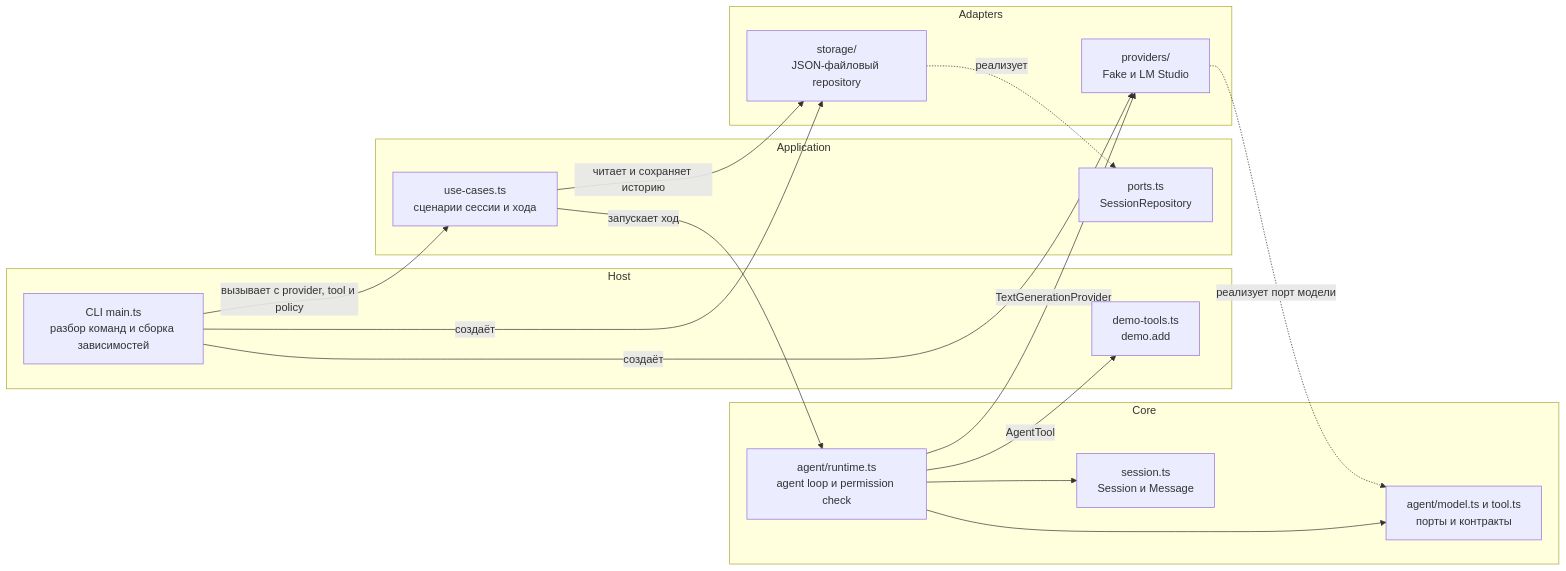
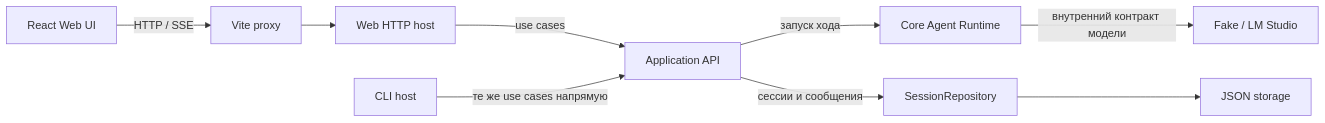
The third of 3 diagrams in docs/onboarding/README.md (davy1ex/smysAgent), drawn with Mermaid before and after one commit. The commit also changed other lines of this file, not shown here.

Commit message:
docs: update onboarding for current web UI

````diff
--- a/docs/onboarding/README.md
+++ b/docs/onboarding/README.md
@@ -25,35 +117,11 @@
 ```mermaid
 flowchart LR
-  subgraph Host["Host"]
-    CLI["CLI main.ts<br/>разбор команд и сборка зависимостей"]
-    DemoTool["demo-tools.ts<br/>demo.add"]
-  end
-
-  subgraph App["Application"]
-    UseCases["use-cases.ts<br/>сценарии сессии и хода"]
-    Ports["ports.ts<br/>SessionRepository"]
-  end
-
-  subgraph Core["Core"]
-    Session["session.ts<br/>Session и Message"]
-    Runtime["agent/runtime.ts<br/>agent loop и permission check"]
-    Contracts["agent/model.ts и tool.ts<br/>порты и контракты"]
-  end
-
-  subgraph Adapters["Adapters"]
-    Providers["providers/<br/>Fake и LM Studio"]
-    Storage["storage/<br/>JSON-файловый repository"]
-  end
-
-  CLI -->|вызывает с provider, tool и policy| UseCases
-  CLI -->|создаёт| Providers
-  CLI -->|создаёт| Storage
-  UseCases -->|запускает ход| Runtime
-  UseCases -->|читает и сохраняет историю| Storage
-  Storage -. реализует .-> Ports
-  Runtime -->|TextGenerationProvider| Providers
-  Providers -. реализует порт модели .-> Contracts
-  Runtime -->|AgentTool| DemoTool
-  Runtime --> Contracts
-  Runtime --> Session
+  Browser["React Web UI"] -->|HTTP / SSE| Proxy["Vite proxy"]
+  Proxy --> Host["Web HTTP host"]
+  Host -->|use cases| App["Application API"]
+  CLI["CLI host"] -->|те же use cases напрямую| App
+  App -->|запуск хода| Core["Core Agent Runtime"]
+  App -->|сессии и сообщения| Repo["SessionRepository"]
+  Core -->|внутренний контракт модели| Provider["Fake / LM Studio"]
+  Repo --> Storage["JSON storage"]
 ```
````
